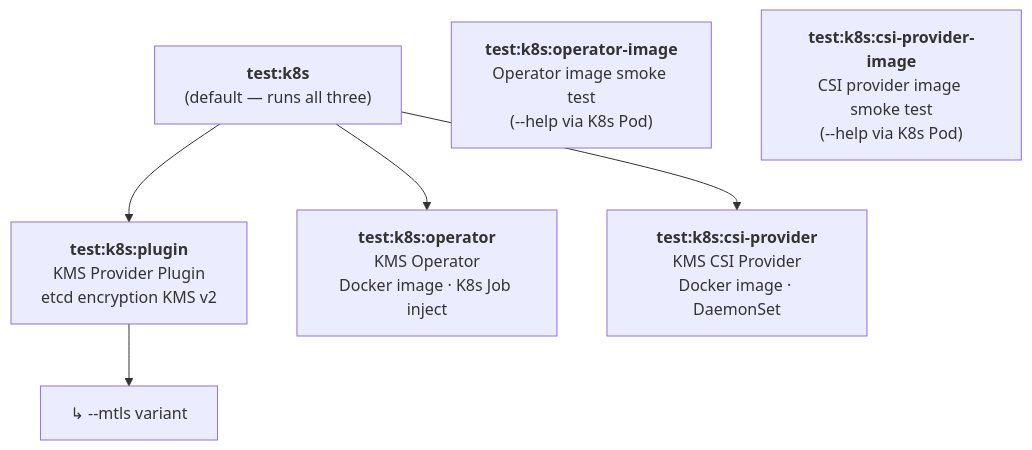
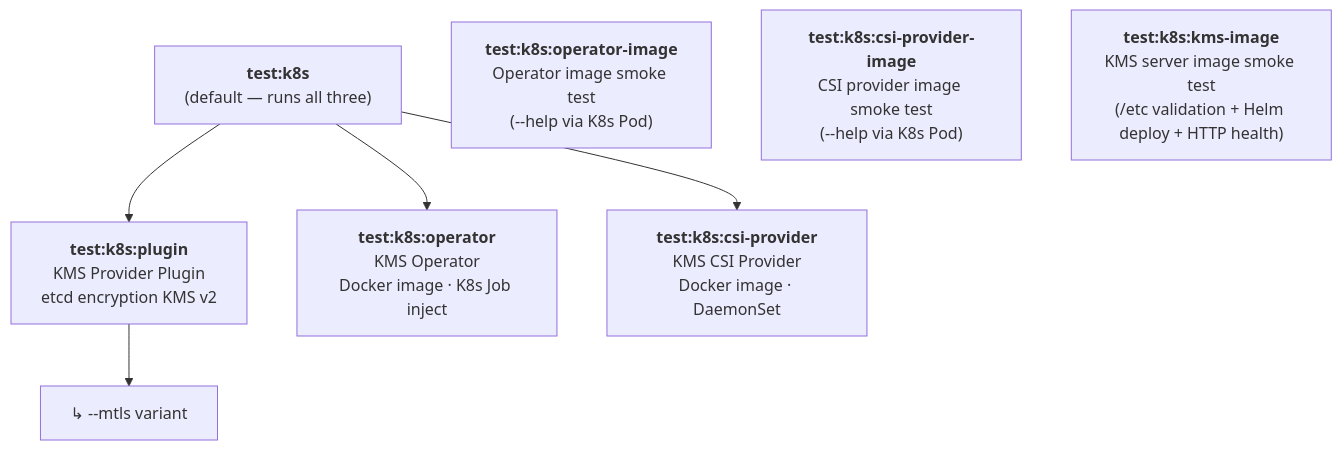
The first of 5 diagrams in .mise/tasks/test/k8s/README.md (Cosmian/kms), drawn with Mermaid before and after one commit. The commit also changed other lines of this file and 4 other files, not shown here.

First line of the commit message:
test(ci): add Kubernetes pod smoke-test for KMS Docker image (issue #1132)

````diff
--- a/.mise/tasks/test/k8s/README.md
+++ b/.mise/tasks/test/k8s/README.md
@@ -10,20 +10,22 @@
 ```mermaid
 graph TB
     D["<b>test:k8s</b><br/>(default — runs all three)"]
 
     P["<b>test:k8s:plugin</b><br/>KMS Provider Plugin<br/>etcd encryption KMS v2"]
     PM["  ↳ --mtls variant"]
 
     O["<b>test:k8s:operator</b><br/>KMS Operator<br/>Docker image · K8s Job inject"]
 
     C["<b>test:k8s:csi-provider</b><br/>KMS CSI Provider<br/>Docker image · DaemonSet"]
 
     OI["<b>test:k8s:operator-image</b><br/>Operator image smoke test<br/>(--help via K8s Pod)"]
 
     CI["<b>test:k8s:csi-provider-image</b><br/>CSI provider image smoke test<br/>(--help via K8s Pod)"]
 
+    KMS["<b>test:k8s:kms-image</b><br/>KMS server image smoke test<br/>(/etc validation + Helm deploy + HTTP health)"]
+
     D --> P
     D --> O
     D --> C
     P --> PM
 ```
````
